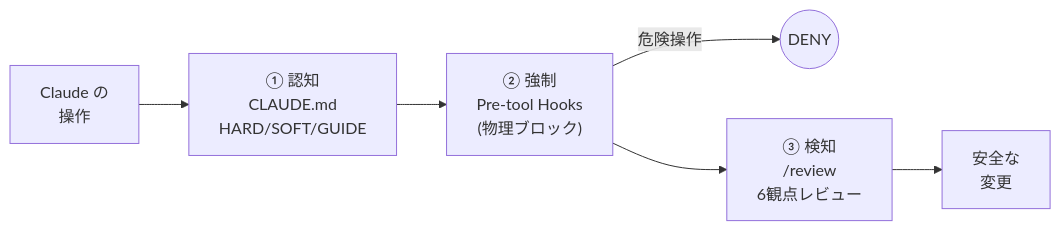
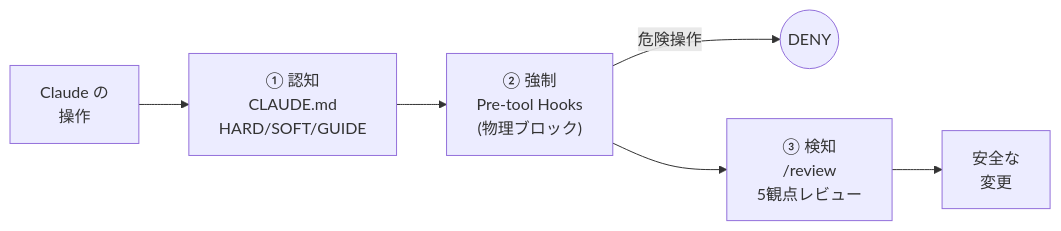
The third of 5 diagrams in README.ja.md (SideMountain/claude-code-sidekick), drawn with Mermaid before and after one commit. The commit also changed other lines of this file and 11 other files, not shown here.

````diff
--- a/README.ja.md
+++ b/README.ja.md
@@ -246,9 +252,9 @@
 ```mermaid
 flowchart LR
     OP["Claude の<br/>操作"] --> L1
     L1["① 認知<br/>CLAUDE.md<br/>HARD/SOFT/GUIDE"] --> L2
     L2["② 強制<br/>Pre-tool Hooks<br/>(物理ブロック)"]
     L2 -->|"危険操作"| DENY(("DENY"))
     L2 --> L3
-    L3["③ 検知<br/>/review<br/>6観点レビュー"] --> SAFE["安全な<br/>変更"]
+    L3["③ 検知<br/>/review<br/>5観点レビュー"] --> SAFE["安全な<br/>変更"]
 ```
````
